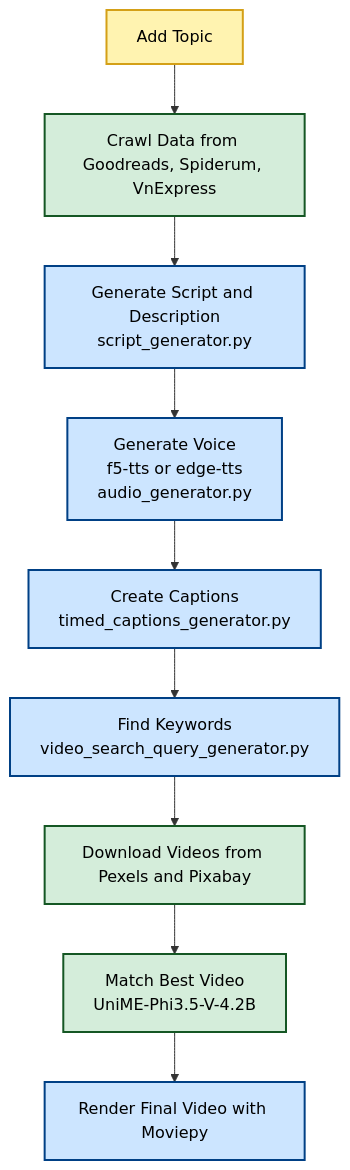
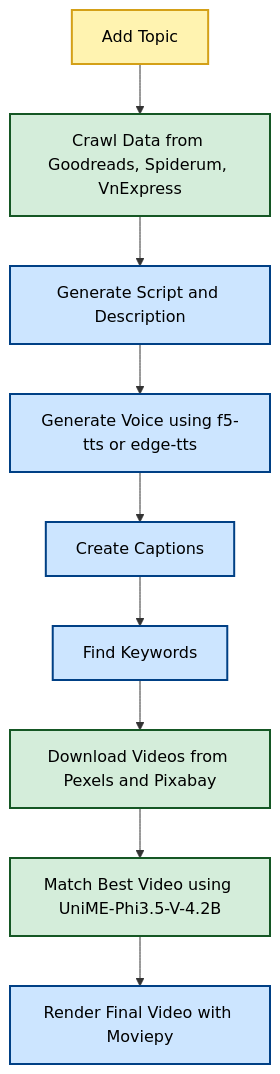
The diagram in README.md (mrzaizai2k/auto_tiktok), drawn with Mermaid before and after one commit.

````diff
--- a/README.md
+++ b/README.md
@@ -103,15 +103,15 @@
 ```mermaid
 flowchart TD
     A[Add Topic]:::process --> B[Crawl Data from Goodreads, Spiderum, VnExpress]:::external
-    B --> C[Generate Script and Description\nscript_generator.py]:::internal
-    C --> D[Generate Voice\nf5-tts or edge-tts\naudio_generator.py]:::internal
-    D --> E[Create Captions\ntimed_captions_generator.py]:::internal
-    E --> F[Find Keywords\nvideo_search_query_generator.py]:::internal
+    B --> C[Generate Script and Description]:::internal
+    C --> D[Generate Voice using f5-tts or edge-tts]:::internal
+    D --> E[Create Captions]:::internal
+    E --> F[Find Keywords]:::internal
     F --> G[Download Videos from Pexels and Pixabay]:::external
-    G --> H[Match Best Video\nUniME-Phi3.5-V-4.2B]:::external
+    G --> H[Match Best Video using UniME-Phi3.5-V-4.2B]:::external
     H --> I[Render Final Video with Moviepy]:::internal
 
     classDef process fill:#fff3b0,stroke:#d4a017,stroke-width:2px,color:#000
     classDef internal fill:#cce5ff,stroke:#004085,stroke-width:2px,color:#000
     classDef external fill:#d4edda,stroke:#155724,stroke-width:2px,color:#000
 ```
````
